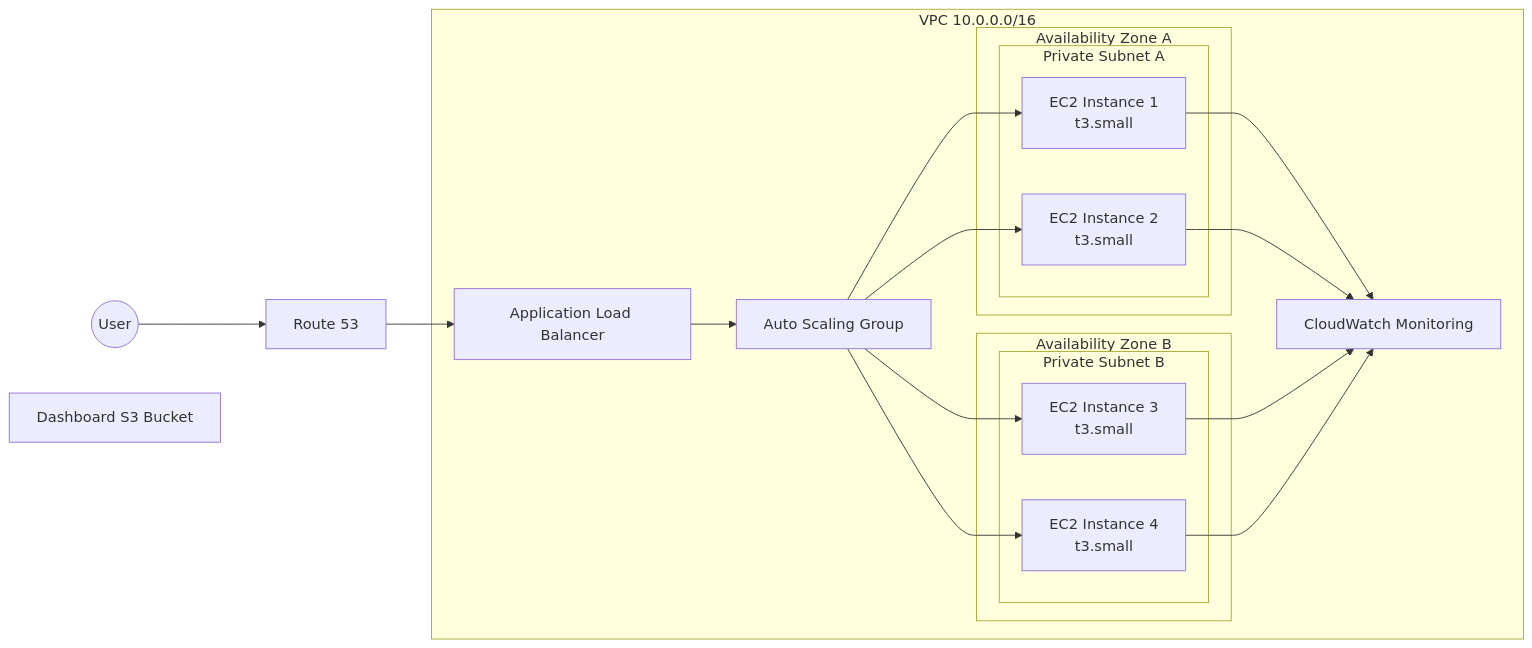
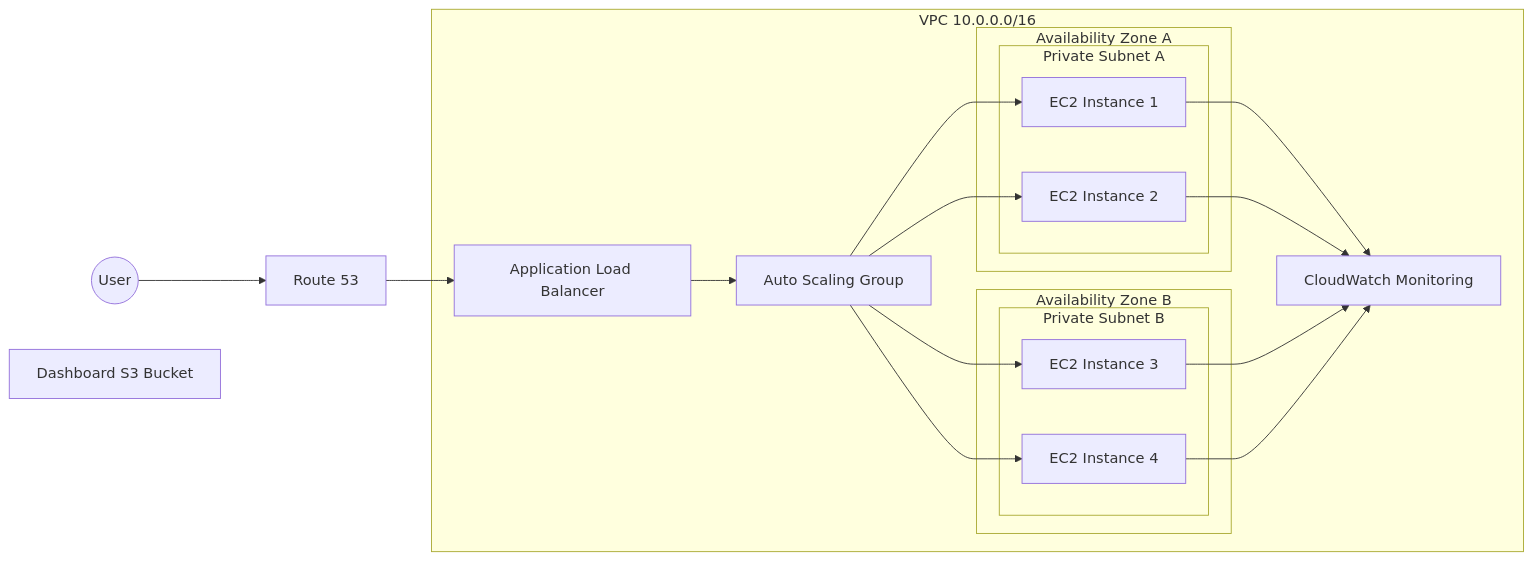
Before and after one commit to SHINJIBIN1/jbshin-kiro: the diagram in terraform/README.md, drawn with Mermaid. The commit also changed other lines of this file, not shown here.

Commit message:
다이어그램에서 \n 제거 및 README에 배포 히스토리 추가

````diff
--- a/terraform/README.md
+++ b/terraform/README.md
@@ -39,35 +22,35 @@
 ```mermaid
 graph LR
     User((User)) --> Route53[Route 53]
     Route53 --> ALB[Application Load Balancer]
     
     subgraph VPC [VPC 10.0.0.0/16]
         ALB --> ASG[Auto Scaling Group]
         
         subgraph "Availability Zone A"
             subgraph "Private Subnet A"
-                EC2_A1[EC2 Instance 1\nt3.small]
-                EC2_A2[EC2 Instance 2\nt3.small]
+                EC2_A1[EC2 Instance 1]
+                EC2_A2[EC2 Instance 2]
             end
         end
         
         subgraph "Availability Zone B"
             subgraph "Private Subnet B"
-                EC2_B1[EC2 Instance 3\nt3.small]
-                EC2_B2[EC2 Instance 4\nt3.small]
+                EC2_B1[EC2 Instance 3]
+                EC2_B2[EC2 Instance 4]
             end
         end
         
         ASG --> EC2_A1
         ASG --> EC2_A2
         ASG --> EC2_B1
         ASG --> EC2_B2
         
         EC2_A1 --> CloudWatch[CloudWatch Monitoring]
         EC2_A2 --> CloudWatch
         EC2_B1 --> CloudWatch
         EC2_B2 --> CloudWatch
     end
     
     S3[Dashboard S3 Bucket]
 ```
````
